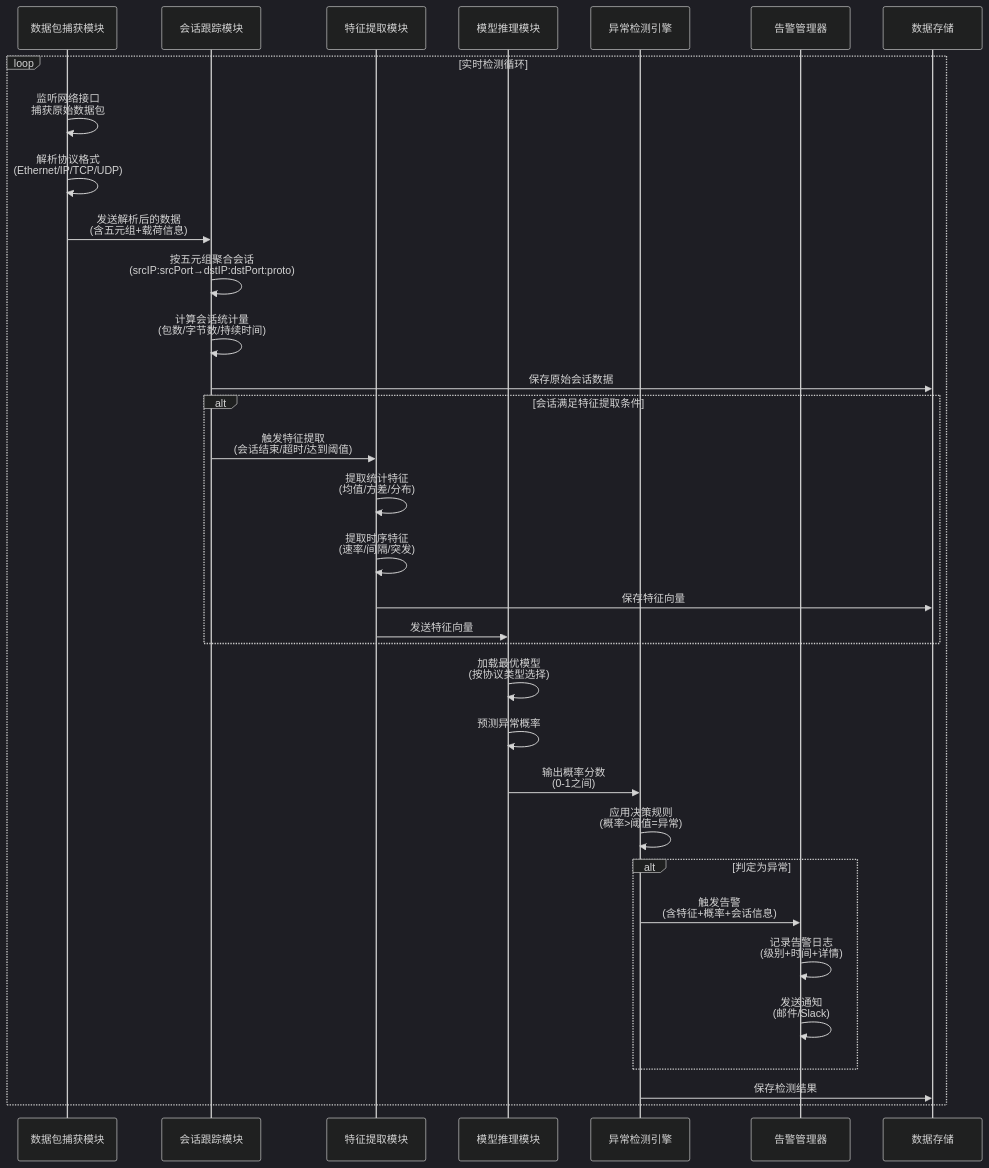
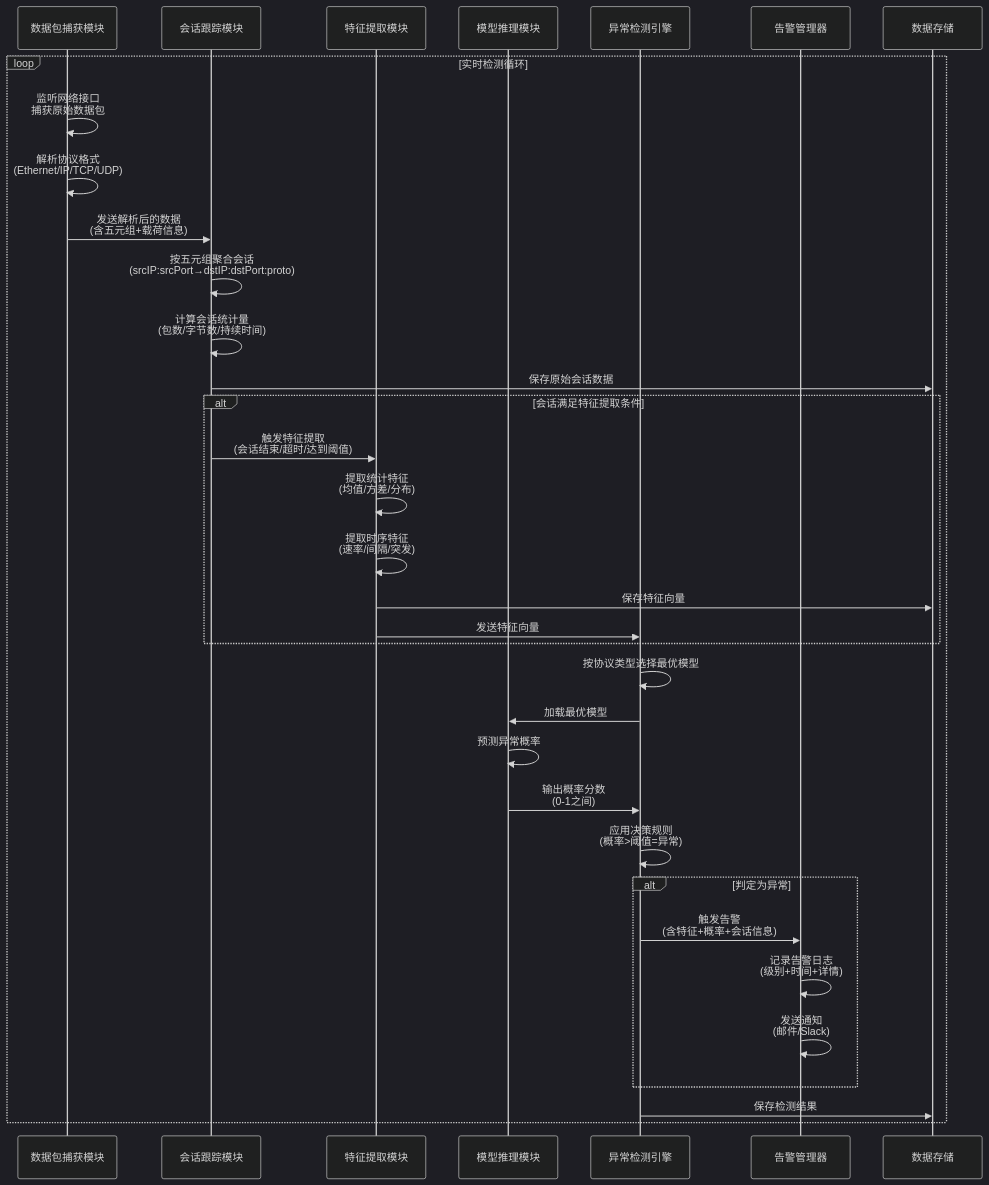
The diagram in docs/diagrams/detection_flow.mmd (zdm65477730/ethernet-anomaly-detection), drawn with Mermaid (dark theme) before and after one commit. The commit also changed 9 other files, not shown here.

```diff
--- a/docs/diagrams/detection_flow.mmd
+++ b/docs/diagrams/detection_flow.mmd
@@ -1,40 +1,41 @@
 %% 实时流量检测流程（从数据包到告警的完整链路）
 sequenceDiagram
     participant Capture as 数据包捕获模块
     participant Session as 会话跟踪模块
     participant Feature as 特征提取模块
     participant Model as 模型推理模块
     participant Detector as 异常检测引擎
     participant Alert as 告警管理器
     participant Storage as 数据存储
     
     loop 实时检测循环
         Capture->>Capture: 监听网络接口<br/>捕获原始数据包
         Capture->>Capture: 解析协议格式<br/>(Ethernet/IP/TCP/UDP)
         Capture->>Session: 发送解析后的数据<br/>(含五元组+载荷信息)
         
         Session->>Session: 按五元组聚合会话<br/>(srcIP:srcPort→dstIP:dstPort:proto)
         Session->>Session: 计算会话统计量<br/>(包数/字节数/持续时间)
         Session->>Storage: 保存原始会话数据
         
         alt 会话满足特征提取条件
             Session->>Feature: 触发特征提取<br/>(会话结束/超时/达到阈值)
             Feature->>Feature: 提取统计特征<br/>(均值/方差/分布)
             Feature->>Feature: 提取时序特征<br/>(速率/间隔/突发)
             Feature->>Storage: 保存特征向量
-            Feature->>Model: 发送特征向量
+            Feature->>Detector: 发送特征向量
         end
         
-        Model->>Model: 加载最优模型<br/>(按协议类型选择)
+        Detector->>Detector: 按协议类型选择最优模型
+        Detector->>Model: 加载最优模型
         Model->>Model: 预测异常概率
         Model->>Detector: 输出概率分数<br/>(0-1之间)
         
         Detector->>Detector: 应用决策规则<br/>(概率>阈值=异常)
         alt 判定为异常
             Detector->>Alert: 触发告警<br/>(含特征+概率+会话信息)
             Alert->>Alert: 记录告警日志<br/>(级别+时间+详情)
             Alert->>Alert: 发送通知<br/>(邮件/Slack)
         end
         
         Detector->>Storage: 保存检测结果
     end
```
